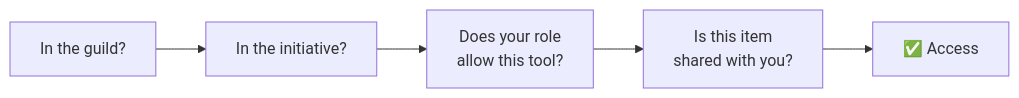
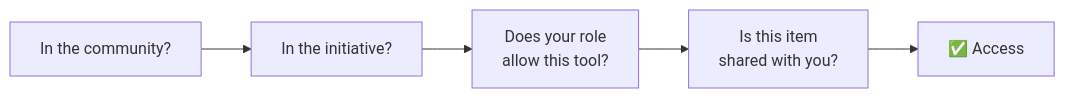
The diagram in docs/en/sharing/index.md (Morelitea/initiative), drawn with Mermaid before and after one commit. The commit also changed other lines of this file and 41 other files, not shown here.

````diff
--- a/docs/en/sharing/index.md
+++ b/docs/en/sharing/index.md
@@ -15,7 +15,7 @@
 ```mermaid
 graph LR
-  A["In the guild?"] --> B["In the initiative?"]
+  A["In the community?"] --> B["In the initiative?"]
   B --> C["Does your role<br/>allow this tool?"]
   C --> D["Is this item<br/>shared with you?"]
   D --> E["✅ Access"]
 ```
````
